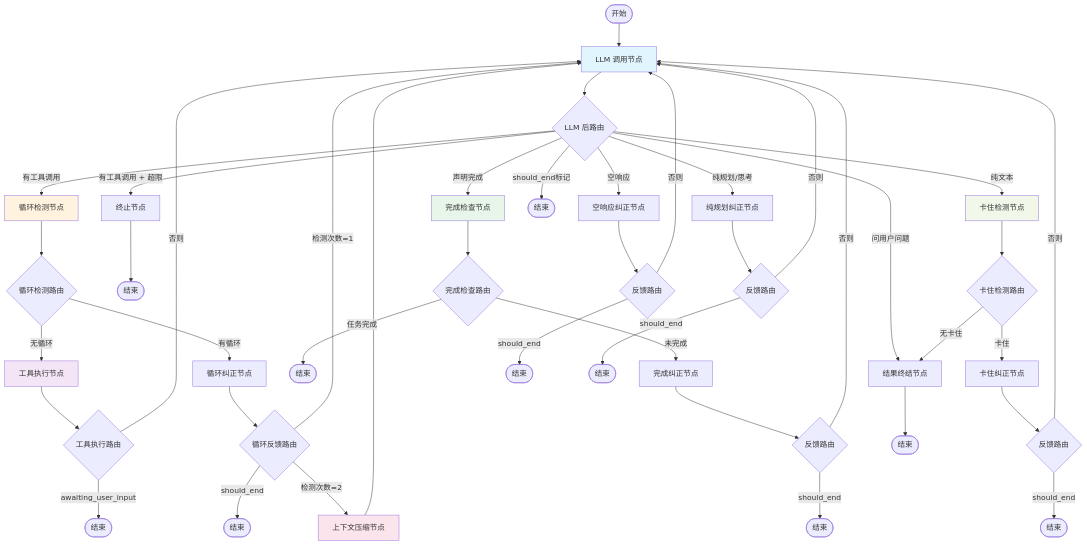
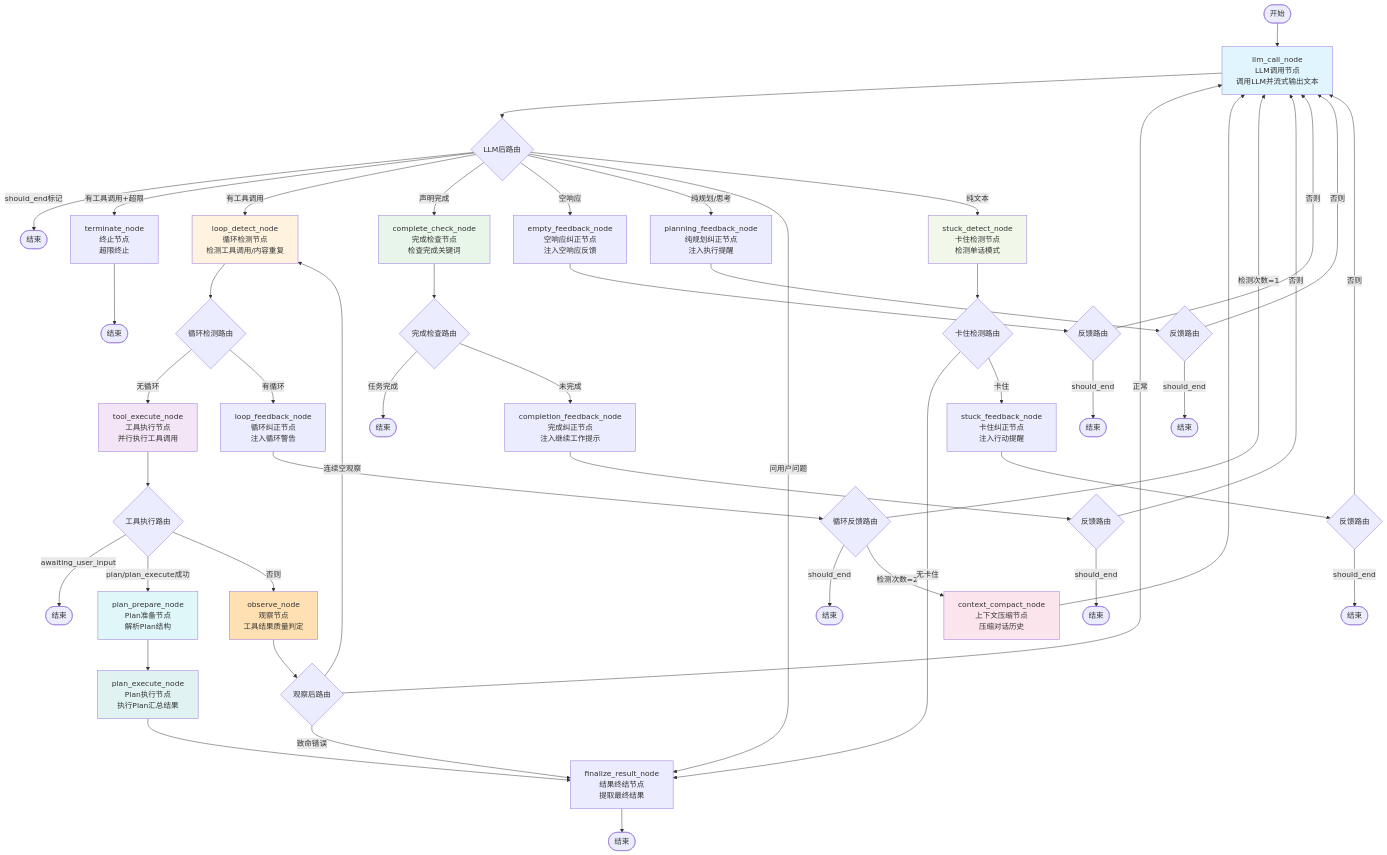
Before and after one commit to solarest/yanyun-agent: the diagram in docs/langgraph-workflow.md, drawn with Mermaid. The commit also changed other lines of this file and 51 other files, not shown here.

````diff
--- a/docs/langgraph-workflow.md
+++ b/docs/langgraph-workflow.md
@@ -9,62 +9,74 @@
 ```mermaid
 graph TB
-    Start([开始]) --> llm_call[LLM 调用节点]
+    Start([开始]) --> llm_call["llm_call_node<br/>LLM调用节点<br/>调用LLM并流式输出文本"]
     
-    llm_call --> route_after_llm{LLM 后路由}
+    llm_call --> route_after_llm{LLM后路由}
     
-    route_after_llm -->|有工具调用 + 超限| terminate[终止节点]
-    route_after_llm -->|有工具调用| loop_detect[循环检测节点]
-    route_after_llm -->|声明完成| complete_check[完成检查节点]
-    route_after_llm -->|空响应| empty_feedback[空响应纠正节点]
-    route_after_llm -->|纯规划/思考| planning_feedback[纯规划纠正节点]
-    route_after_llm -->|问用户问题| finalize_result[结果终结节点]
-    route_after_llm -->|纯文本| stuck_detect[卡住检测节点]
     route_after_llm -->|should_end标记| End1([结束])
+    route_after_llm -->|有工具调用+超限| terminate["terminate_node<br/>终止节点<br/>超限终止"]
+    route_after_llm -->|有工具调用| loop_detect["loop_detect_node<br/>循环检测节点<br/>检测工具调用/内容重复"]
+    route_after_llm -->|声明完成| complete_check["complete_check_node<br/>完成检查节点<br/>检查完成关键词"]
+    route_after_llm -->|空响应| empty_feedback["empty_feedback_node<br/>空响应纠正节点<br/>注入空响应反馈"]
+    route_after_llm -->|纯规划/思考| planning_feedback["planning_feedback_node<br/>纯规划纠正节点<br/>注入执行提醒"]
+    route_after_llm -->|问用户问题| finalize_result["finalize_result_node<br/>结果终结节点<br/>提取最终结果"]
+    route_after_llm -->|纯文本| stuck_detect["stuck_detect_node<br/>卡住检测节点<br/>检测单话模式"]
     
     loop_detect --> route_loop{循环检测路由}
-    route_loop -->|无循环| tool_execute[工具执行节点]
-    route_loop -->|有循环| loop_feedback[循环纠正节点]
+    route_loop -->|无循环| tool_execute["tool_execute_node<br/>工具执行节点<br/>并行执行工具调用"]
+    route_loop -->|有循环| loop_feedback["loop_feedback_node<br/>循环纠正节点<br/>注入循环警告"]
     
     loop_feedback --> route_loop_fb{循环反馈路由}
     route_loop_fb -->|should_end| End2([结束])
-    route_loop_fb -->|检测次数=2| context_compact[上下文压缩节点]
+    route_loop_fb -->|检测次数=2| context_compact["context_compact_node<br/>上下文压缩节点<br/>压缩对话历史"]
     route_loop_fb -->|检测次数=1| llm_call
     
     context_compact --> llm_call
     tool_execute --> route_tool{工具执行路由}
-    route_tool -->|awaiting_user_input| End3([结束])
-    route_tool -->|否则| llm_call
+    route_tool -->|awaiting_user_input| End4([结束])
+    route_tool -->|plan/plan_execute成功| plan_prepare["plan_prepare_node<br/>Plan准备节点<br/>解析Plan结构"]
+    route_tool -->|否则| observe["observe_node<br/>观察节点<br/>工具结果质量判定"]
+
+    observe --> route_observe{观察后路由}
+    route_observe -->|正常| llm_call
+    route_observe -->|连续空观察| loop_detect
+    route_observe -->|致命错误| finalize_result
+
+    plan_prepare --> plan_execute["plan_execute_node<br/>Plan执行节点<br/>执行Plan汇总结果"]
+    plan_execute --> finalize_result
     
-    terminate --> End4([结束])
+    terminate --> End5([结束])
     
     complete_check --> route_complete{完成检查路由}
-    route_complete -->|任务完成| End5([结束])
-    route_complete -->|未完成| completion_feedback[完成纠正节点]
+    route_complete -->|任务完成| End6([结束])
+    route_complete -->|未完成| completion_feedback["completion_feedback_node<br/>完成纠正节点<br/>注入继续工作提示"]
     completion_feedback --> route_cf{反馈路由}
-    route_cf -->|should_end| End6([结束])
+    route_cf -->|should_end| End7([结束])
     route_cf -->|否则| llm_call
     
     stuck_detect --> route_stuck{卡住检测路由}
     route_stuck -->|无卡住| finalize_result
-    route_stuck -->|卡住| stuck_feedback[卡住纠正节点]
+    route_stuck -->|卡住| stuck_feedback["stuck_feedback_node<br/>卡住纠正节点<br/>注入行动提醒"]
     stuck_feedback --> route_sf{反馈路由}
-    route_sf -->|should_end| End7([结束])
+    route_sf -->|should_end| End8([结束])
     route_sf -->|否则| llm_call
     
     empty_feedback --> route_ef{反馈路由}
-    route_ef -->|should_end| End8([结束])
+    route_ef -->|should_end| End9([结束])
     route_ef -->|否则| llm_call
     
     planning_feedback --> route_pf{反馈路由}
-    route_pf -->|should_end| End9([结束])
+    route_pf -->|should_end| End10([结束])
     route_pf -->|否则| llm_call
     
-    finalize_result --> End10([结束])
+    finalize_result --> End11([结束])
     
     style llm_call fill:#e1f5fe
     style tool_execute fill:#f3e5f5
+    style observe fill:#ffe0b2
     style loop_detect fill:#fff3e0
     style complete_check fill:#e8f5e9
     style context_compact fill:#fce4ec
     style stuck_detect fill:#f1f8e9
+    style plan_prepare fill:#e0f7fa
+    style plan_execute fill:#e0f2f1
 ```
````
